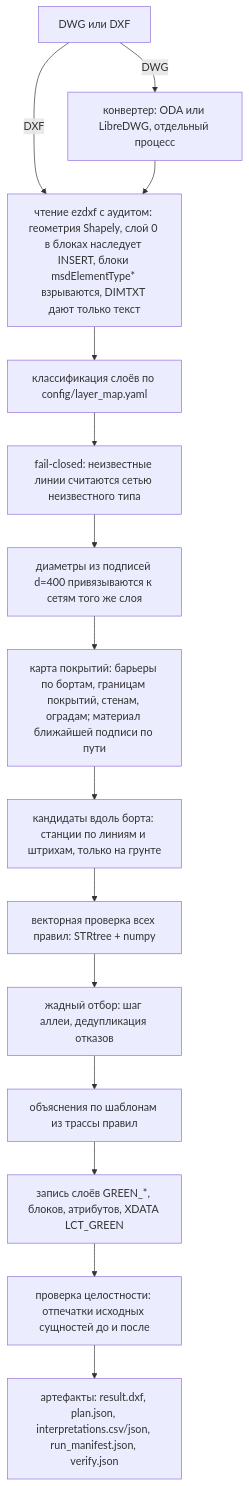
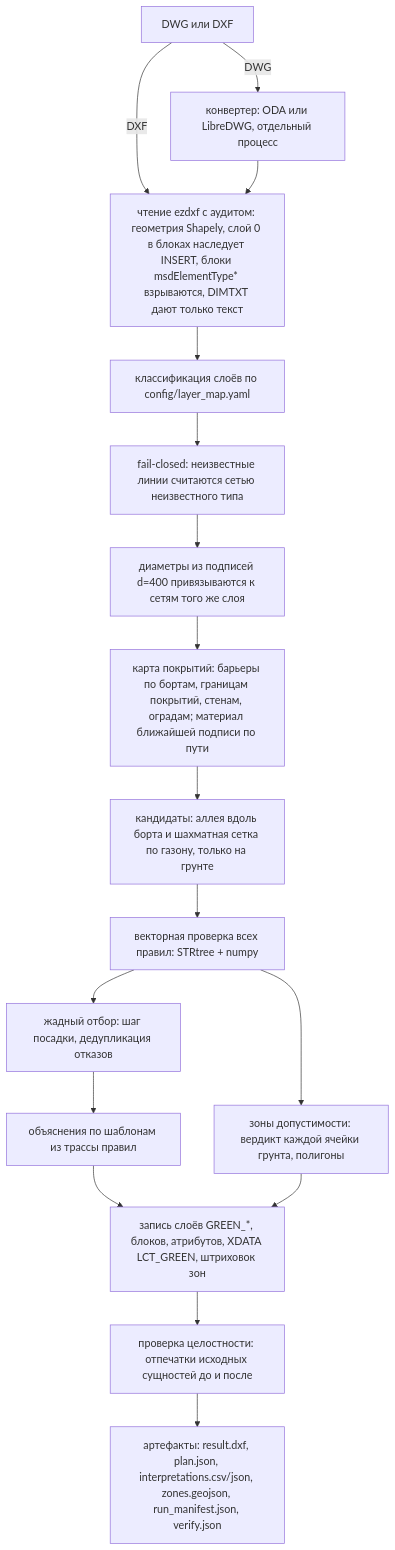
One commit to Mojarung/LCT_2026 changed the second of 2 diagrams in docs/architecture.md. Above: the diagram before and after it, drawn with Mermaid. The commit also changed other lines of this file and 15 other files, not shown here.

````diff
--- a/docs/architecture.md
+++ b/docs/architecture.md
@@ -27,17 +27,19 @@
 ```mermaid
 flowchart TD
     A[DWG или DXF] -->|DWG| B[конвертер: ODA или LibreDWG, отдельный процесс]
     A -->|DXF| C
     B --> C[чтение ezdxf с аудитом: геометрия Shapely, слой 0 в блоках наследует INSERT, блоки msdElementType* взрываются, DIMTXT дают только текст]
     C --> D[классификация слоёв по config/layer_map.yaml]
     D --> E[fail-closed: неизвестные линии считаются сетью неизвестного типа]
     E --> F[диаметры из подписей d=400 привязываются к сетям того же слоя]
     F --> S[карта покрытий: барьеры по бортам, границам покрытий, стенам, оградам; материал ближайшей подписи по пути]
-    S --> G[кандидаты вдоль борта: станции по линиям и штрихам, только на грунте]
+    S --> G[кандидаты: аллея вдоль борта и шахматная сетка по газону, только на грунте]
     G --> H[векторная проверка всех правил: STRtree + numpy]
-    H --> I[жадный отбор: шаг аллеи, дедупликация отказов]
+    H --> I[жадный отбор: шаг посадки, дедупликация отказов]
+    H --> Z[зоны допустимости: вердикт каждой ячейки грунта, полигоны]
     I --> J[объяснения по шаблонам из трассы правил]
-    J --> K[запись слоёв GREEN_*, блоков, атрибутов, XDATA LCT_GREEN]
+    J --> K[запись слоёв GREEN_*, блоков, атрибутов, XDATA LCT_GREEN, штриховок зон]
+    Z --> K
     K --> L[проверка целостности: отпечатки исходных сущностей до и после]
-    L --> M[артефакты: result.dxf, plan.json, interpretations.csv/json, run_manifest.json, verify.json]
+    L --> M[артефакты: result.dxf, plan.json, interpretations.csv/json, zones.geojson, run_manifest.json, verify.json]
 ```
````
